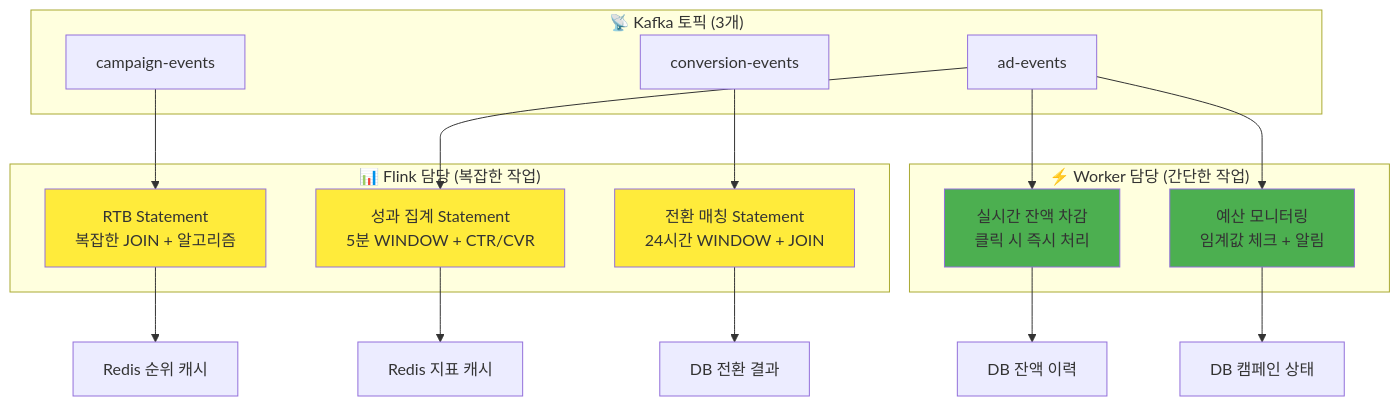
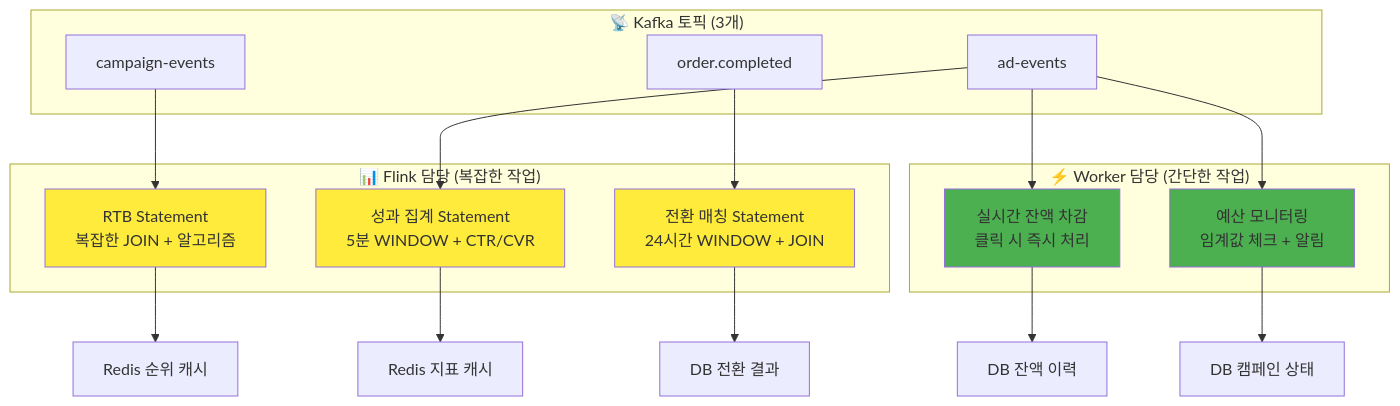
Before and after one commit to smk692/advertisement-project: the fifth of 5 diagrams in docs/2. 설계/2-1. 업무흐름.md, drawn with Mermaid. The commit also changed other lines of this file and 5 other files, not shown here.

Commit message:
refactor: conversion-events를 order.completed로 변경 및 스키마 업데이트 - 토픽명 변경: conversion-events → order.completed - 실제 커머스 시스템에서 발행되는 토픽에 맞춰 스키마 단순화 - 필드 변경: user_id, mobile_device_id, order_id만 포함 - Flink SQL 매칭 로직 업데이트: mobile_device_id 기준 매칭 - API 문서 및 설계 문서 전체 동기화

````diff
--- a/docs/2. 설계/2-1. 업무흐름.md
+++ b/docs/2. 설계/2-1. 업무흐름.md
@@ -212,37 +212,37 @@
 ```mermaid
 graph TB
     subgraph "📊 Flink 담당 (복잡한 작업)"
         F1[RTB Statement<br/>복잡한 JOIN + 알고리즘]
         F2[성과 집계 Statement<br/>5분 WINDOW + CTR/CVR]  
         F3[전환 매칭 Statement<br/>24시간 WINDOW + JOIN]
     end
     
     subgraph "⚡ Worker 담당 (간단한 작업)"
         W1[실시간 잔액 차감<br/>클릭 시 즉시 처리]
         W2[예산 모니터링<br/>임계값 체크 + 알림]
     end
     
     subgraph "📡 Kafka 토픽 (3개)"
         K1[campaign-events]
         K2[ad-events]
-        K3[conversion-events]
+        K3[order.completed]
     end
     
     K1 --> F1
     K2 --> F2
     K2 --> W1
     K2 --> W2
     K3 --> F3
     
     F1 --> Redis[Redis 순위 캐시]
     F2 --> Redis2[Redis 지표 캐시]
     F3 --> DB[DB 전환 결과]
     W1 --> DB2[DB 잔액 이력]
     W2 --> DB3[DB 캠페인 상태]
     
     style F1 fill:#ffeb3b
     style F2 fill:#ffeb3b
     style F3 fill:#ffeb3b
     style W1 fill:#4caf50
     style W2 fill:#4caf50
 ```
````
